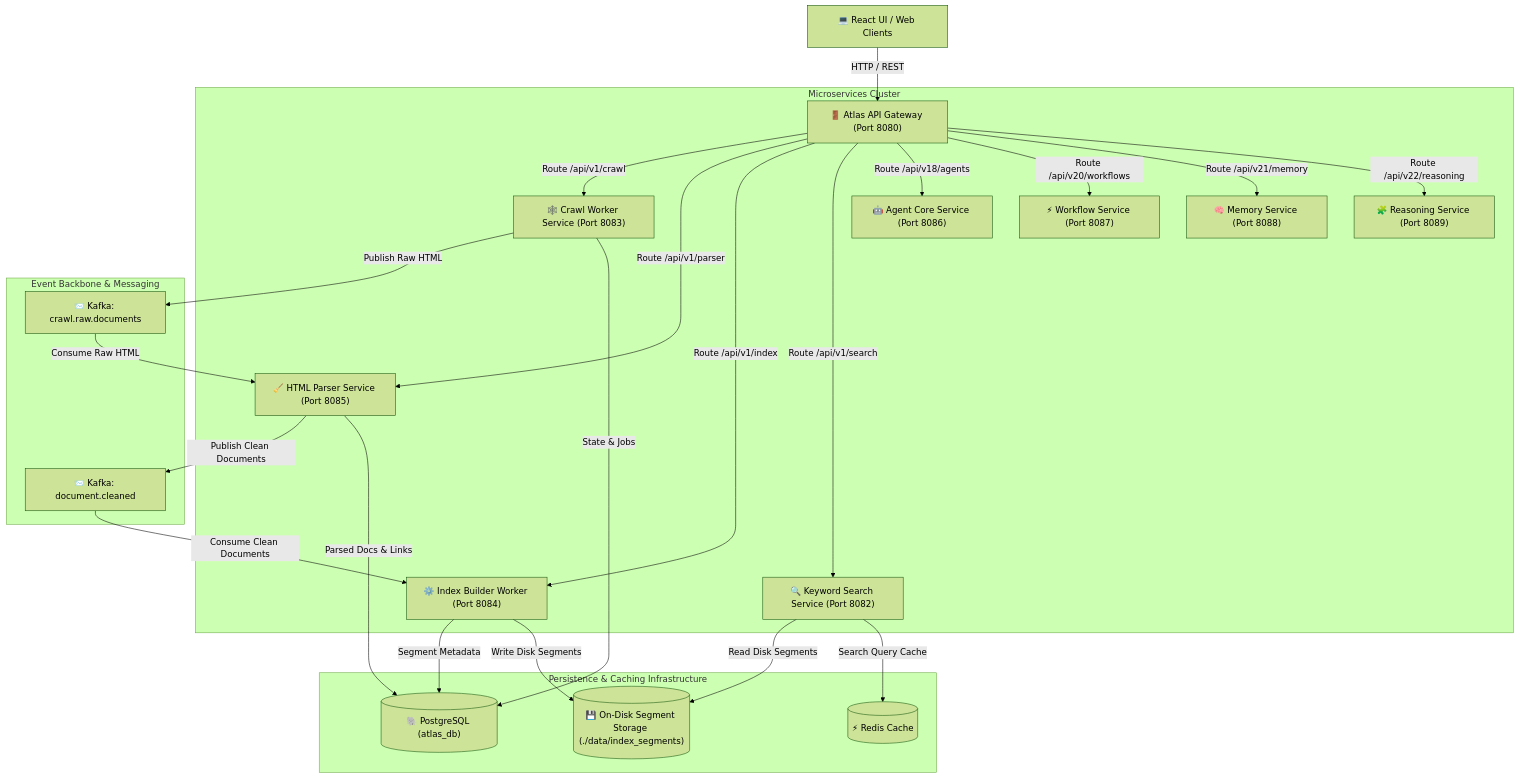
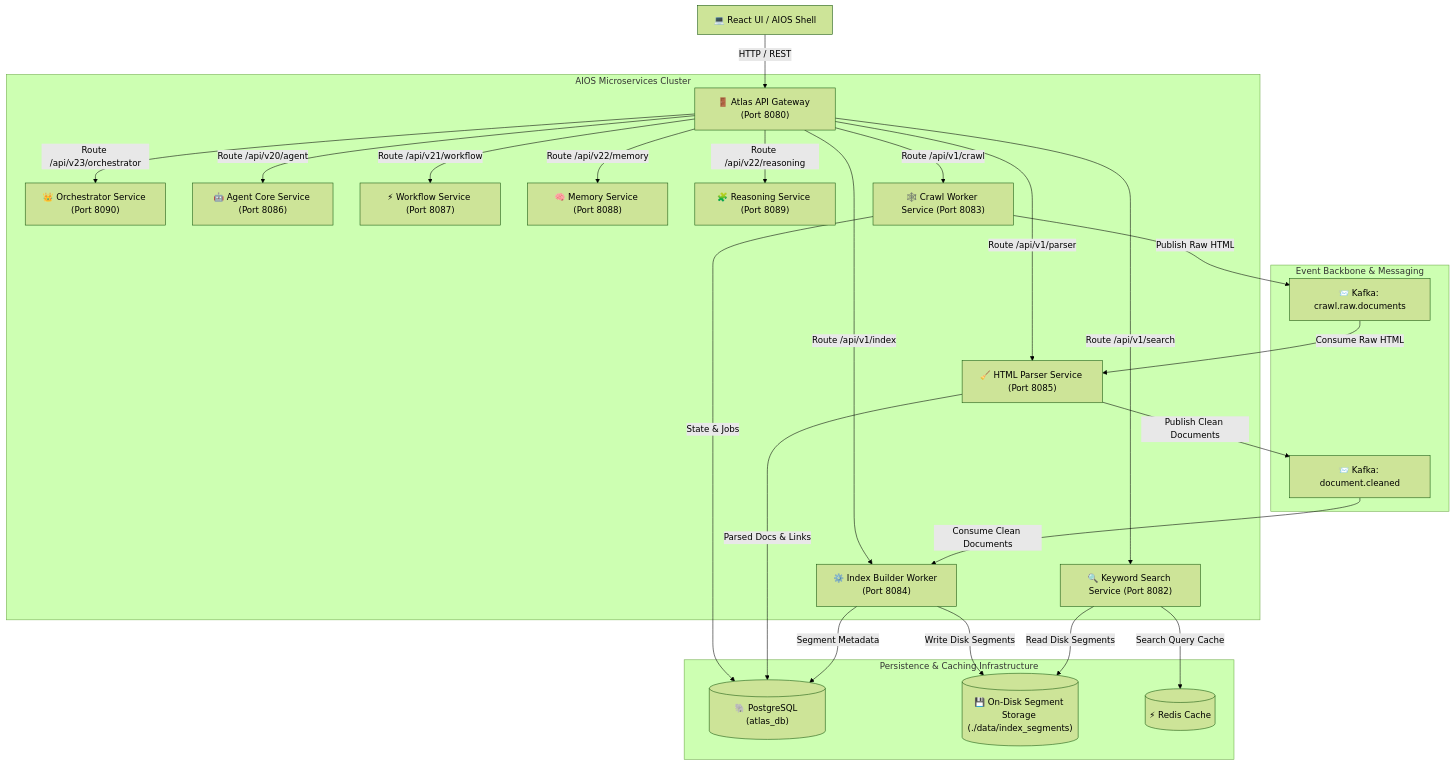
The first of 5 diagrams in README.md (AnoopNadagouda/Atlas), drawn with Mermaid (forest theme) before and after one commit. The commit also changed other lines of this file and 113 other files, not shown here.

Commit message:
release(aios): implement Atlas AI Operating System and final enterprise platform

````diff
--- a/README.md
+++ b/README.md
@@ -22,31 +22,32 @@
 ```mermaid
 graph TD
-    Client["💻 React UI / Web Clients"] -->|HTTP / REST| Gateway["🚪 Atlas API Gateway (Port 8080)"]
+    Client["💻 React UI / AIOS Shell"] -->|HTTP / REST| Gateway["🚪 Atlas API Gateway (Port 8080)"]
     
-    subgraph "Microservices Cluster"
+    subgraph "AIOS Microservices Cluster"
+        Gateway -->|Route /api/v23/orchestrator| Orchestrator["👑 Orchestrator Service (Port 8090)"]
+        Gateway -->|Route /api/v20/agent| Agent["🤖 Agent Core Service (Port 8086)"]
+        Gateway -->|Route /api/v21/workflow| Workflow["⚡ Workflow Service (Port 8087)"]
+        Gateway -->|Route /api/v22/memory| Memory["🧠 Memory Service (Port 8088)"]
+        Gateway -->|Route /api/v22/reasoning| Reasoning["🧩 Reasoning Service (Port 8089)"]
+        Gateway -->|Route /api/v1/search| Search["🔍 Keyword Search Service (Port 8082)"]
         Gateway -->|Route /api/v1/crawl| Crawler["🕸️ Crawl Worker Service (Port 8083)"]
         Gateway -->|Route /api/v1/parser| Parser["🧹 HTML Parser Service (Port 8085)"]
         Gateway -->|Route /api/v1/index| Indexer["⚙️ Index Builder Worker (Port 8084)"]
-        Gateway -->|Route /api/v1/search| Search["🔍 Keyword Search Service (Port 8082)"]
-        Gateway -->|Route /api/v18/agents| Agent["🤖 Agent Core Service (Port 8086)"]
-        Gateway -->|Route /api/v20/workflows| Workflow["⚡ Workflow Service (Port 8087)"]
-        Gateway -->|Route /api/v21/memory| Memory["🧠 Memory Service (Port 8088)"]
-        Gateway -->|Route /api/v22/reasoning| Reasoning["🧩 Reasoning Service (Port 8089)"]
     end
 
     subgraph "Event Backbone & Messaging"
         Crawler -->|Publish Raw HTML| K1["📨 Kafka: crawl.raw.documents"]
         K1 -->|Consume Raw HTML| Parser
         Parser -->|Publish Clean Documents| K2["📨 Kafka: document.cleaned"]
         K2 -->|Consume Clean Documents| Indexer
     end
 
     subgraph "Persistence & Caching Infrastructure"
         Crawler -->|State & Jobs| DB[("🐘 PostgreSQL (atlas_db)")]
         Parser -->|Parsed Docs & Links| DB
         Indexer -->|Segment Metadata| DB
         Indexer -->|Write Disk Segments| Disk[("💾 On-Disk Segment Storage (./data/index_segments)")]
         Search -->|Read Disk Segments| Disk
         Search -->|Search Query Cache| Redis[("⚡ Redis Cache")]
     end
 ```
````
